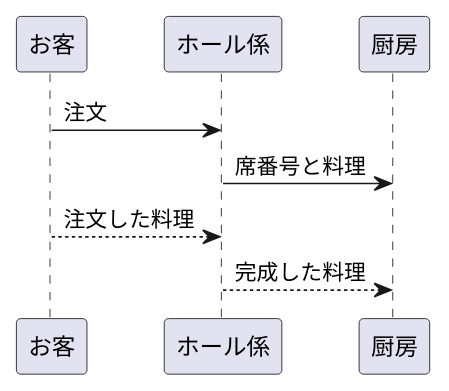
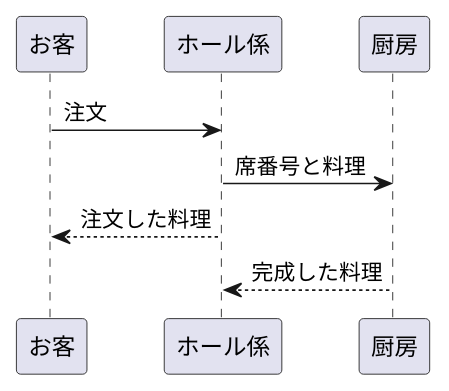
The diagram in kadai3.md (Aso2001160/2021sys-design), drawn with PlantUML before and after one commit.

````diff
--- a/kadai3.md
+++ b/kadai3.md
@@ -1,12 +1,12 @@
 ```uml
 @startuml
 
 お客 -> ホール係:注文
 ホール係 -> 厨房:席番号と料理
 
-お客 --> ホール係:注文した料理
-ホール係 --> 厨房:完成した料理
+お客 <-- ホール係:注文した料理
+ホール係 <-- 厨房:完成した料理
 
 
 @enduml
 ```
````
